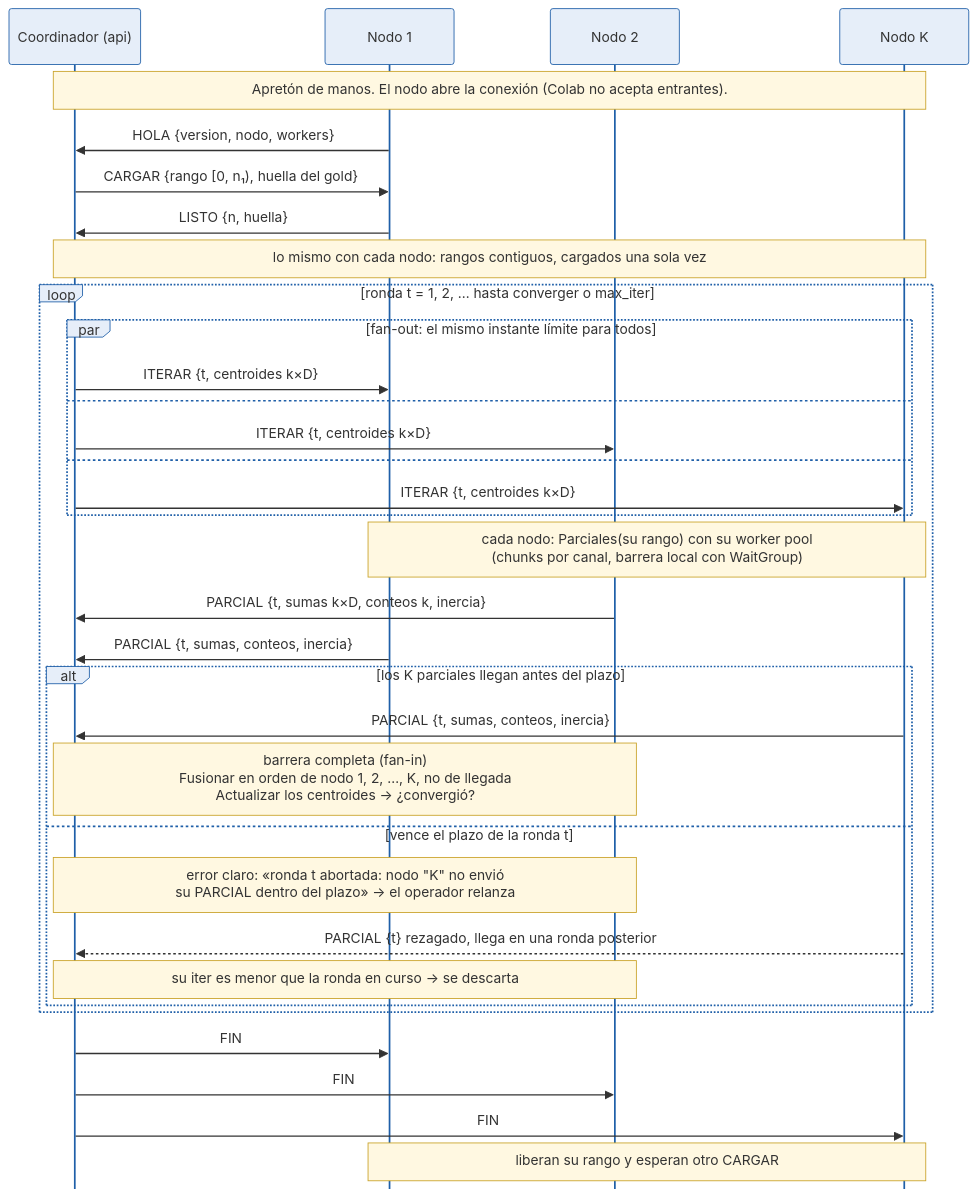
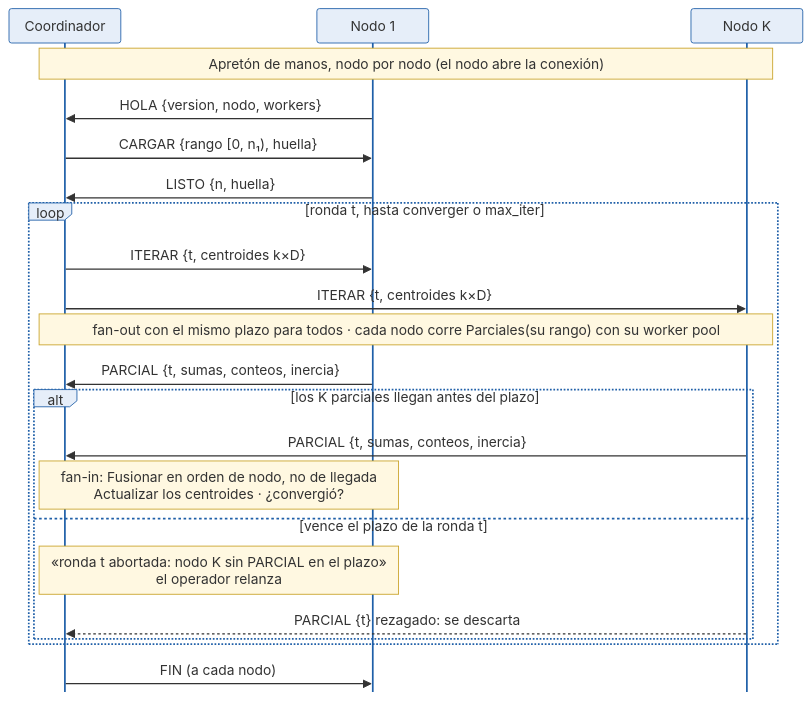
One commit to R0SEWT/aire-distribuido changed the diagram in docs/diagramas/secuencia-iteracion.mmd. Above: the diagram before and after it, drawn with Mermaid. The commit also changed 3 other files, not shown here.

First line of the commit message:
Diagrama de secuencia más corto y legible

```diff
--- a/docs/diagramas/secuencia-iteracion.mmd
+++ b/docs/diagramas/secuencia-iteracion.mmd
@@ -1,42 +1,32 @@
 %% Secuencia de una corrida del K-Means distribuido: apretón de manos, una
 %% ronda por iteración con su barrera y su plazo, y el PARCIAL rezagado.
 %% Fuente de secuencia-iteracion.png (se renderiza con
-%% docs/diagramas/renderizar.sh).
-%%{init: {"theme": "base", "themeVariables": {"primaryColor": "#e6eef9", "primaryBorderColor": "#1f5fa8", "noteBkgColor": "#fff8e1", "noteBorderColor": "#c9a227", "actorBkg": "#e6eef9", "actorBorder": "#1f5fa8", "signalColor": "#333333", "lineColor": "#555555"}, "sequence": {"mirrorActors": false, "noteMargin": 12, "boxMargin": 8}}}%%
+%% docs/diagramas/renderizar.sh). Dos nodos a la vista: lo que se dibuja para
+%% el nodo 1 vale para cada uno de los K nodos. Ojo: en Mermaid el «;» corta
+%% la línea; dentro de los textos va «·».
+%%{init: {"theme": "base", "themeVariables": {"primaryColor": "#e6eef9", "primaryBorderColor": "#1f5fa8", "noteBkgColor": "#fff8e1", "noteBorderColor": "#c9a227", "actorBkg": "#e6eef9", "actorBorder": "#1f5fa8", "signalColor": "#333333", "lineColor": "#555555", "fontSize": "13px"}, "sequence": {"mirrorActors": false, "noteMargin": 8, "boxMargin": 6, "messageMargin": 22, "width": 130, "height": 40, "actorMargin": 60, "wrap": false}}}%%
 sequenceDiagram
-    participant C as Coordinador (api)
+    participant C as Coordinador
     participant N1 as Nodo 1
-    participant N2 as Nodo 2
     participant NK as Nodo K
 
-    Note over C,NK: Apretón de manos. El nodo abre la conexión (Colab no acepta entrantes).
+    Note over C,NK: Apretón de manos, nodo por nodo (el nodo abre la conexión)
     N1->>C: HOLA {version, nodo, workers}
-    C->>N1: CARGAR {rango [0, n₁), huella del gold}
+    C->>N1: CARGAR {rango [0, n₁), huella}
     N1->>C: LISTO {n, huella}
-    Note over C,NK: lo mismo con cada nodo: rangos contiguos, cargados una sola vez
 
-    loop ronda t = 1, 2, … hasta converger o max_iter
-        par fan-out: el mismo instante límite para todos
-            C->>N1: ITERAR {t, centroides k×D}
-        and
-            C->>N2: ITERAR {t, centroides k×D}
-        and
-            C->>NK: ITERAR {t, centroides k×D}
-        end
-        Note over N1,NK: cada nodo: Parciales(su rango) con su worker pool<br/>(chunks por canal, barrera local con WaitGroup)
-        N2->>C: PARCIAL {t, sumas k×D, conteos k, inercia}
+    loop ronda t, hasta converger o max_iter
+        C->>N1: ITERAR {t, centroides k×D}
+        C->>NK: ITERAR {t, centroides k×D}
+        Note over C,NK: fan-out con el mismo plazo para todos · cada nodo corre Parciales(su rango) con su worker pool
         N1->>C: PARCIAL {t, sumas, conteos, inercia}
         alt los K parciales llegan antes del plazo
             NK->>C: PARCIAL {t, sumas, conteos, inercia}
-            Note over C,N2: barrera completa (fan-in)<br/>Fusionar en orden de nodo 1, 2, …, K, no de llegada<br/>Actualizar los centroides → ¿convergió?
+            Note over C,N1: fan-in: Fusionar en orden de nodo, no de llegada<br/>Actualizar los centroides · ¿convergió?
         else vence el plazo de la ronda t
-            Note over C,N2: error claro: «ronda t abortada: nodo "K" no envió<br/>su PARCIAL dentro del plazo» → el operador relanza
-            NK-->>C: PARCIAL {t} rezagado, llega en una ronda posterior
-            Note over C,N2: su iter es menor que la ronda en curso → se descarta
+            Note over C,N1: «ronda t abortada: nodo K sin PARCIAL en el plazo»<br/>el operador relanza
+            NK-->>C: PARCIAL {t} rezagado: se descarta
         end
     end
 
-    C->>N1: FIN
-    C->>N2: FIN
-    C->>NK: FIN
-    Note over N1,NK: liberan su rango y esperan otro CARGAR
+    C->>N1: FIN (a cada nodo)
```
